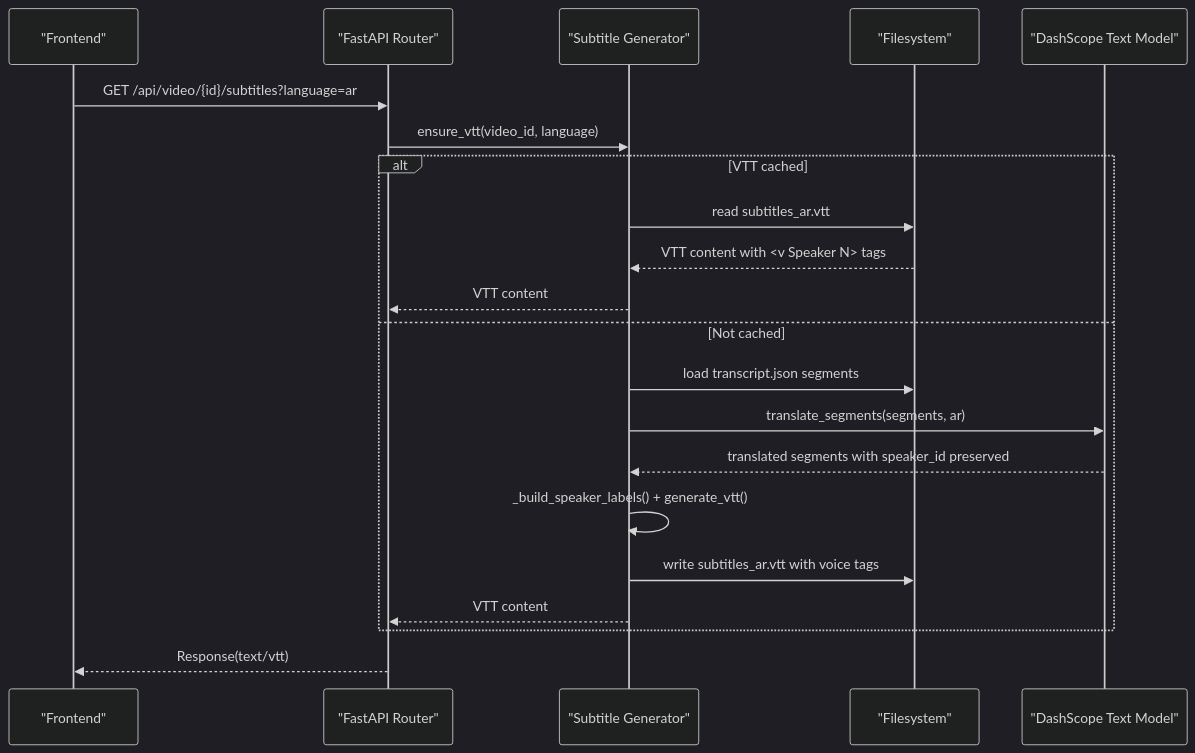
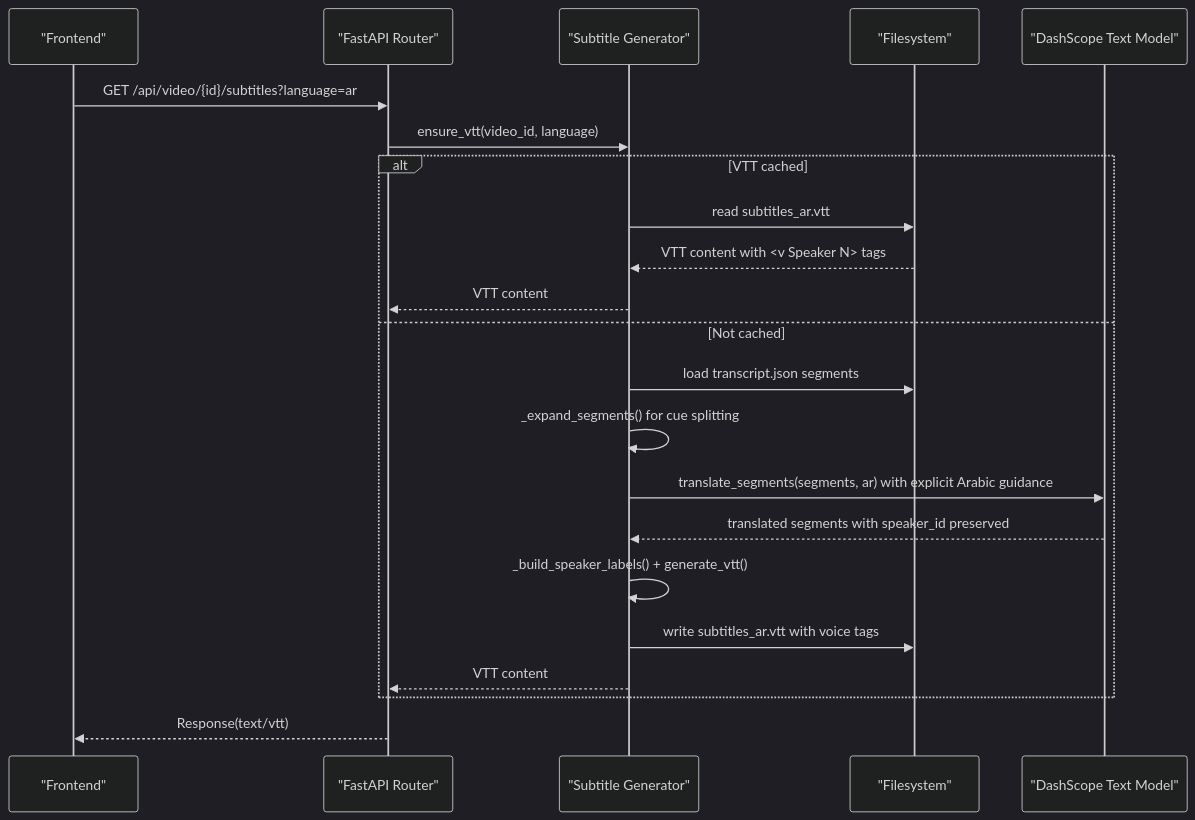
One commit to alexandreybasta-cyber/dubai-media-ai changed the second of 9 diagrams in .qoder/repowiki/en/content/Media Processing Pipeline/Subtitle Generation Module.md. Above: the diagram before and after it, drawn with Mermaid (dark theme). The commit also changed other lines of this file and 8 other files, not shown here.

````diff
--- a/.qoder/repowiki/en/content/Media Processing Pipeline/Subtitle Generation Module.md
+++ b/.qoder/repowiki/en/content/Media Processing Pipeline/Subtitle Generation Module.md
@@ -117,23 +120,24 @@
 ```mermaid
 sequenceDiagram
 participant FE as "Frontend"
 participant API as "FastAPI Router"
 participant SG as "Subtitle Generator"
 participant FS as "Filesystem"
 participant LLM as "DashScope Text Model"
 FE->>API : GET /api/video/{id}/subtitles?language=ar
 API->>SG : ensure_vtt(video_id, language)
 alt VTT cached
 SG->>FS : read subtitles_ar.vtt
 FS-->>SG : VTT content with <v Speaker N> tags
 SG-->>API : VTT content
 else Not cached
 SG->>FS : load transcript.json segments
-SG->>LLM : translate_segments(segments, ar)
+SG->>SG : _expand_segments() for cue splitting
+SG->>LLM : translate_segments(segments, ar) with explicit Arabic guidance
 LLM-->>SG : translated segments with speaker_id preserved
 SG->>SG : _build_speaker_labels() + generate_vtt()
 SG->>FS : write subtitles_ar.vtt with voice tags
 SG-->>API : VTT content
 end
 API-->>FE : Response(text/vtt)
 ```
````
